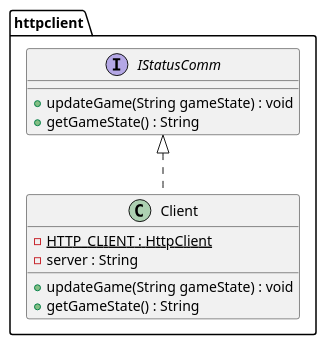
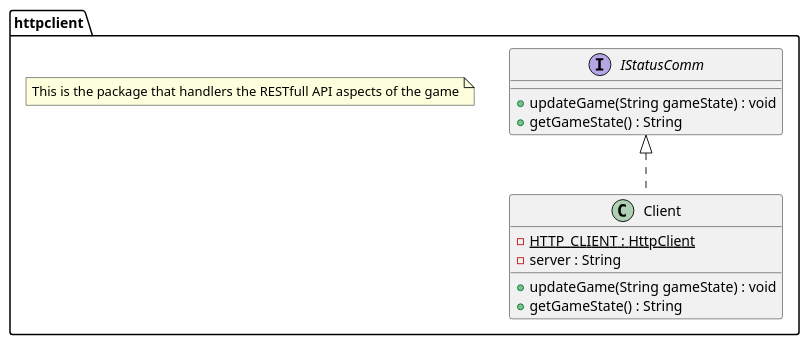
Before and after one commit to MikaelFangel/RoboRally: the diagram in diagrams/DesignClassDiagramPackageHTTPClient.puml, drawn with PlantUML. The commit also changed 3 other files, not shown here.

Commit message:
Updated some design class diagrams, and added some notes to explain briefly what the package does.

```diff
--- a/diagrams/DesignClassDiagramPackageHTTPClient.puml
+++ b/diagrams/DesignClassDiagramPackageHTTPClient.puml
@@ -1,20 +1,22 @@
 @startuml
 skinparam groupInheritance 2
 skinparam linetype polyline
 
 package httpclient{
    class Client implements IStatusComm {
       {Static} -HTTP_CLIENT : HttpClient
       -server : String
 
       +updateGame(String gameState) : void
       +getGameState() : String
    }
    interface IStatusComm{
      +updateGame(String gameState) : void
      +getGameState() : String
    }
+
+   note "This is the package that handlers the RESTfull API aspects of the game" as note1
 }
 
 
 @enduml
```
